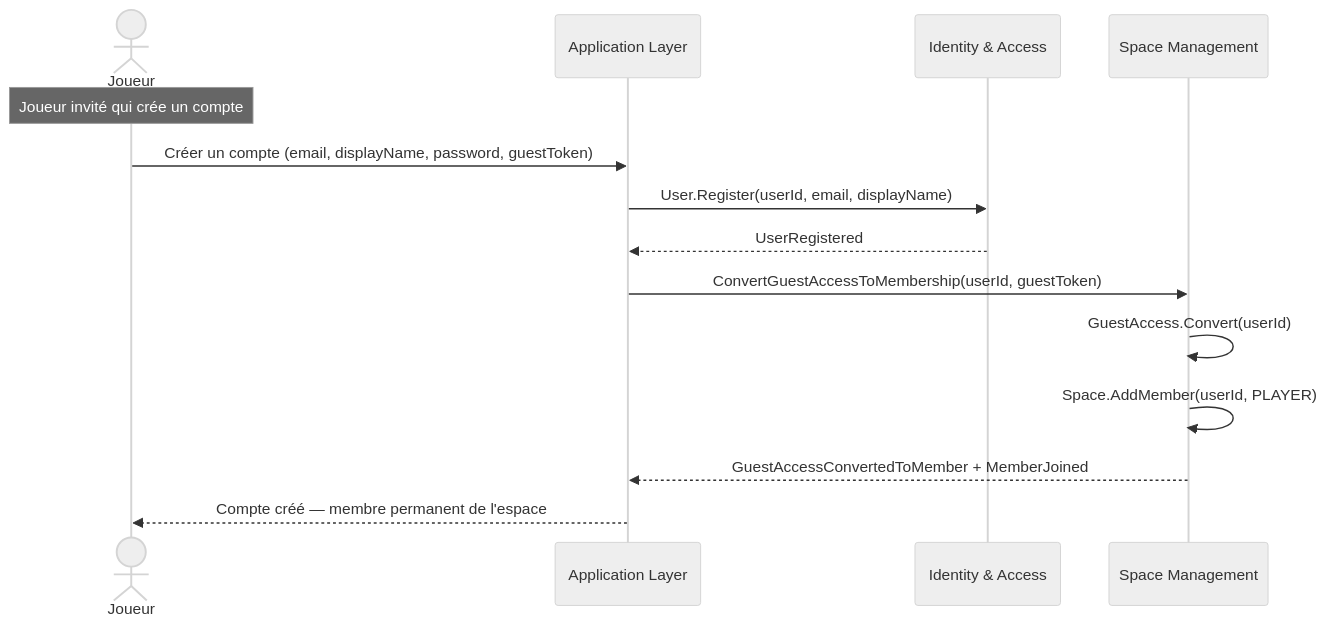
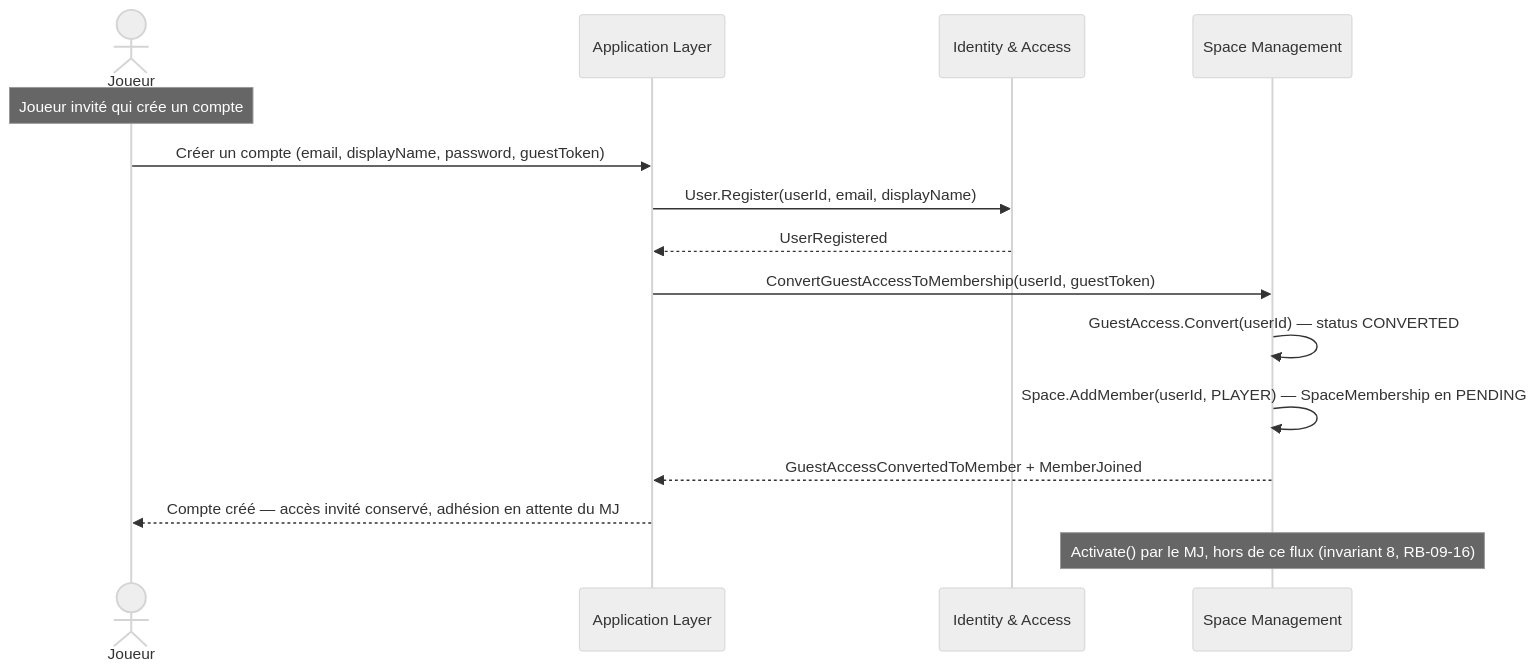
One commit to 2025-10-CDA-ECO-P6/PM-micro-saas changed the sixth of 7 diagrams in docs/domaine/space-management/flows.md. Above: the diagram before and after it, drawn with Mermaid (neutral theme). The commit also changed 5 other files, not shown here.

First line of the commit message:
docs(besoin): distingue l'adhésion par lien SPACE de la conversion d'un invité

````diff
--- a/docs/domaine/space-management/flows.md
+++ b/docs/domaine/space-management/flows.md
@@ -108,17 +108,18 @@
 ```mermaid
 sequenceDiagram
     actor Joueur
     participant App as Application Layer
     participant IA as Identity & Access
     participant SM as Space Management
 
     Note over Joueur: Joueur invité qui crée un compte
     Joueur->>App: Créer un compte (email, displayName, password, guestToken)
     App->>IA: User.Register(userId, email, displayName)
     IA-->>App: UserRegistered
     App->>SM: ConvertGuestAccessToMembership(userId, guestToken)
-    SM->>SM: GuestAccess.Convert(userId)
-    SM->>SM: Space.AddMember(userId, PLAYER)
+    SM->>SM: GuestAccess.Convert(userId) — status CONVERTED
+    SM->>SM: Space.AddMember(userId, PLAYER) — SpaceMembership en PENDING
     SM-->>App: GuestAccessConvertedToMember + MemberJoined
-    App-->>Joueur: Compte créé — membre permanent de l'espace
+    App-->>Joueur: Compte créé — accès invité conservé, adhésion en attente du MJ
+    Note over SM: Activate() par le MJ, hors de ce flux (invariant 8, RB-09-16)
 ```
````
